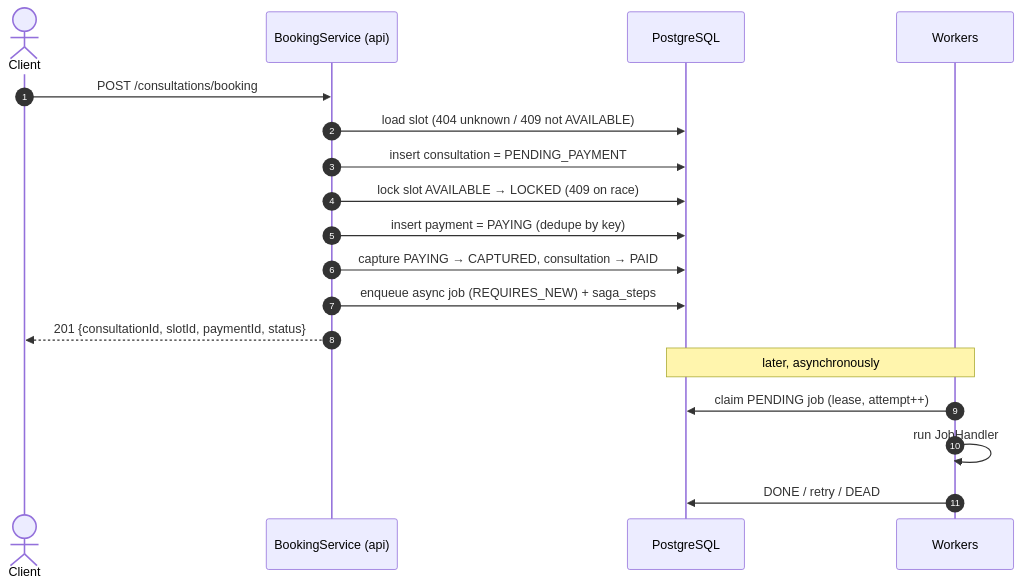
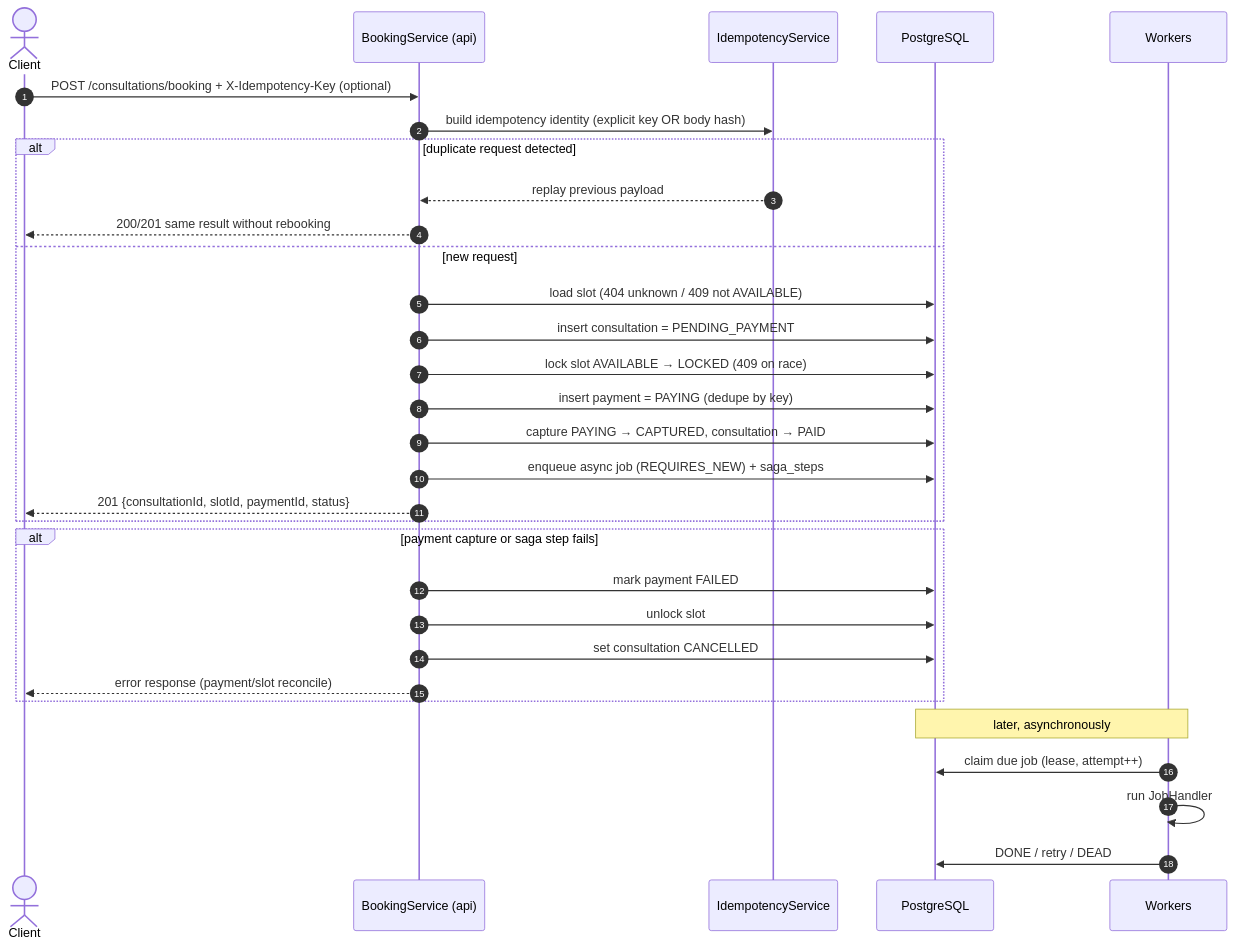
The third of 6 diagrams in docs/ARCHITECTURE.md (karanjha000/amrutam-telemedicine-backend), drawn with Mermaid before and after one commit. The commit also changed other lines of this file and 9 other files, not shown here.

````diff
--- a/docs/ARCHITECTURE.md
+++ b/docs/ARCHITECTURE.md
@@ -76,20 +76,36 @@
 ```mermaid
 sequenceDiagram
     autonumber
     actor C as Client
     participant B as BookingService (api)
+    participant I as IdempotencyService
     participant DB as PostgreSQL
     participant W as Workers
-    C->>B: POST /consultations/booking
-    B->>DB: load slot (404 unknown / 409 not AVAILABLE)
-    B->>DB: insert consultation = PENDING_PAYMENT
-    B->>DB: lock slot AVAILABLE → LOCKED (409 on race)
-    B->>DB: insert payment = PAYING (dedupe by key)
-    B->>DB: capture PAYING → CAPTURED, consultation → PAID
-    B->>DB: enqueue async job (REQUIRES_NEW) + saga_steps
-    B-->>C: 201 {consultationId, slotId, paymentId, status}
+
+    C->>B: POST /consultations/booking + X-Idempotency-Key (optional)
+    B->>I: build idempotency identity (explicit key OR body hash)
+    alt duplicate request detected
+        I-->>B: replay previous payload
+        B-->>C: 200/201 same result without rebooking
+    else new request
+        B->>DB: load slot (404 unknown / 409 not AVAILABLE)
+        B->>DB: insert consultation = PENDING_PAYMENT
+        B->>DB: lock slot AVAILABLE → LOCKED (409 on race)
+        B->>DB: insert payment = PAYING (dedupe by key)
+        B->>DB: capture PAYING → CAPTURED, consultation → PAID
+        B->>DB: enqueue async job (REQUIRES_NEW) + saga_steps
+        B-->>C: 201 {consultationId, slotId, paymentId, status}
+    end
+
+    alt payment capture or saga step fails
+        B->>DB: mark payment FAILED
+        B->>DB: unlock slot
+        B->>DB: set consultation CANCELLED
+        B-->>C: error response (payment/slot reconcile)
+    end
+
     Note over W,DB: later, asynchronously
-    W->>DB: claim PENDING job (lease, attempt++)
+    W->>DB: claim due job (lease, attempt++)
     W->>W: run JobHandler
     W->>DB: DONE / retry / DEAD
 ```
````
